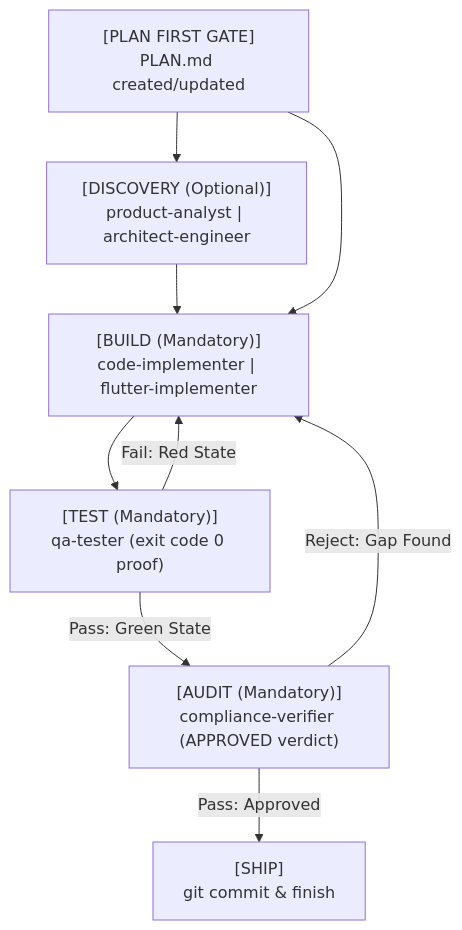
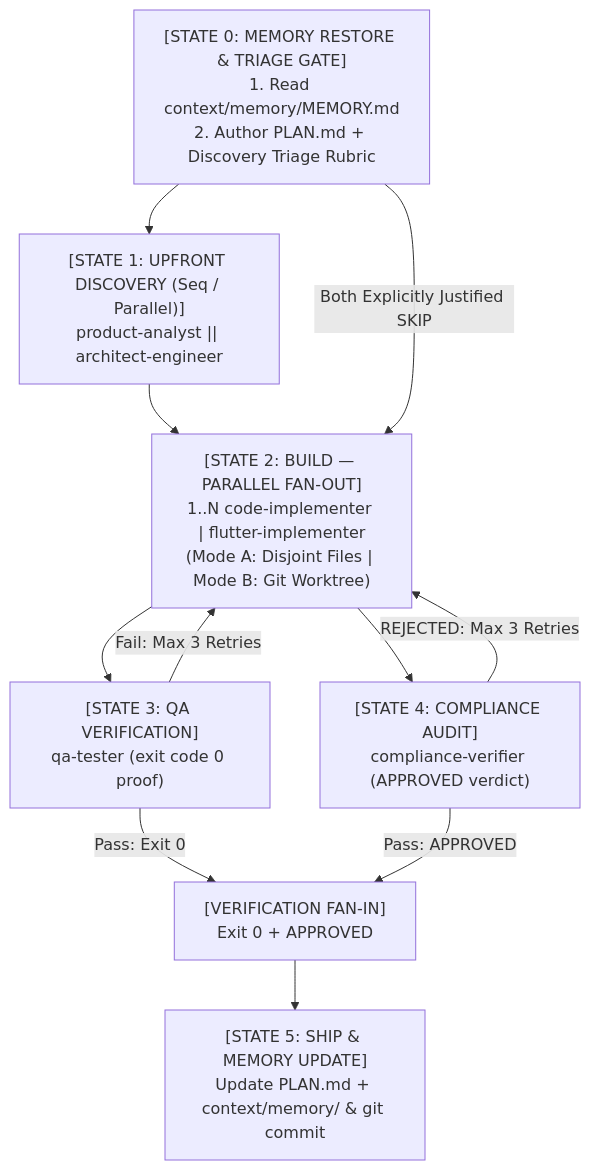
Before and after one commit to jggomez/expert-ai-developer-skills: the diagram in AGENTS.md, drawn with Mermaid. The commit also changed other lines of this file and 245 other files, not shown here.

Commit message:
feat(plugins): add cross-ai llm wiki memory, mandatory triage gates, and parallel dag execution

````diff
--- a/AGENTS.md
+++ b/AGENTS.md
@@ -25,11 +25,13 @@
 ```mermaid
 flowchart TD
-    GATE["[PLAN FIRST GATE]<br/>PLAN.md created/updated"] --> DISCOVERY["[DISCOVERY (Optional)]<br/>product-analyst | architect-engineer"]
-    DISCOVERY --> BUILD["[BUILD (Mandatory)]<br/>code-implementer | flutter-implementer"]
-    GATE --> BUILD
-    BUILD --> TEST["[TEST (Mandatory)]<br/>qa-tester (exit code 0 proof)"]
-    TEST -->|Fail: Red State| BUILD
-    TEST -->|Pass: Green State| AUDIT["[AUDIT (Mandatory)]<br/>compliance-verifier (APPROVED verdict)"]
-    AUDIT -->|Reject: Gap Found| BUILD
-    AUDIT -->|Pass: Approved| SHIP["[SHIP]<br/>git commit & finish"]
+    STATE0["[STATE 0: MEMORY RESTORE & TRIAGE GATE]<br/>1. Read context/memory/MEMORY.md<br/>2. Author PLAN.md + Discovery Triage Rubric"] --> STATE1["[STATE 1: UPFRONT DISCOVERY (Seq / Parallel)]<br/>product-analyst || architect-engineer"]
+    STATE1 --> STATE2["[STATE 2: BUILD — PARALLEL FAN-OUT]<br/>1..N code-implementer | flutter-implementer<br/>(Mode A: Disjoint Files | Mode B: Git Worktree)"]
+    STATE0 -->|Both Explicitly Justified SKIP| STATE2
+    STATE2 --> STATE3_4_QA["[STATE 3: QA VERIFICATION]<br/>qa-tester (exit code 0 proof)"]
+    STATE2 --> STATE3_4_AUDIT["[STATE 4: COMPLIANCE AUDIT]<br/>compliance-verifier (APPROVED verdict)"]
+    STATE3_4_QA -->|Fail: Max 3 Retries| STATE2
+    STATE3_4_AUDIT -->|REJECTED: Max 3 Retries| STATE2
+    STATE3_4_QA -->|Pass: Exit 0| FAN_IN["[VERIFICATION FAN-IN]<br/>Exit 0 + APPROVED"]
+    STATE3_4_AUDIT -->|Pass: APPROVED| FAN_IN
+    FAN_IN --> STATE5["[STATE 5: SHIP & MEMORY UPDATE]<br/>Update PLAN.md + context/memory/ & git commit"]
 ```
````
